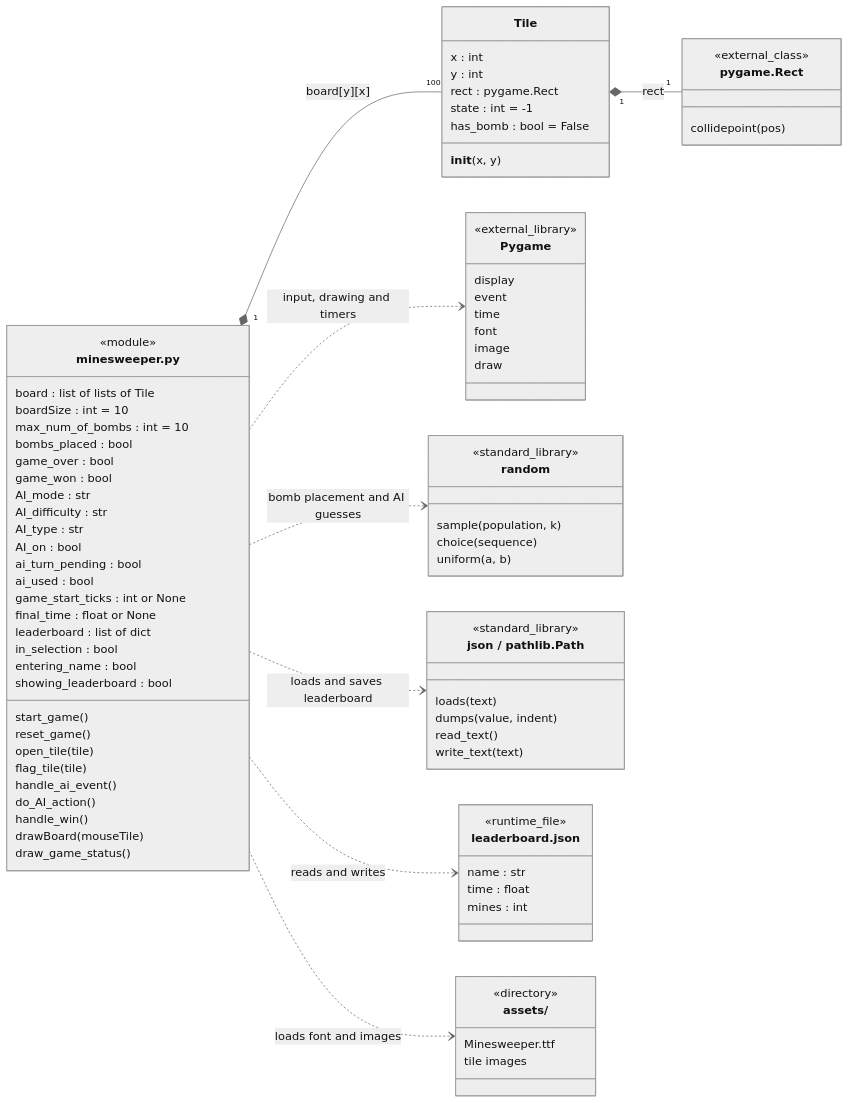
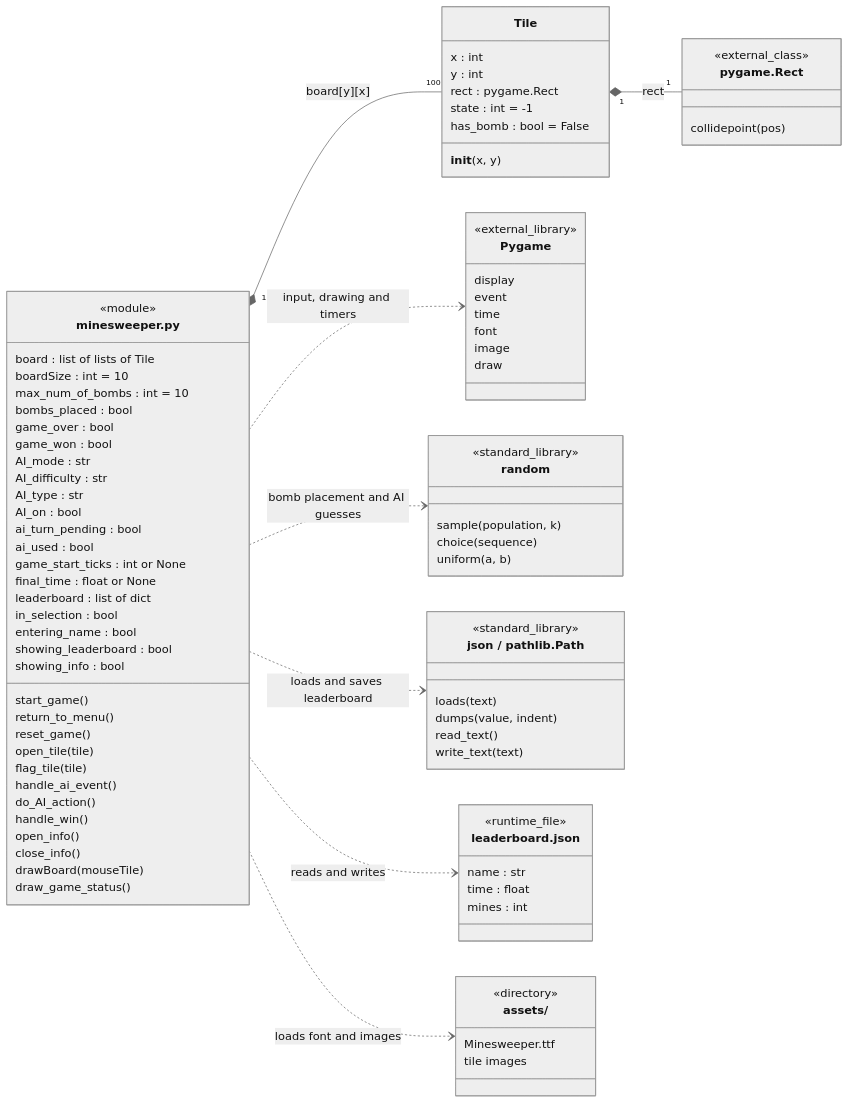
The second of 5 diagrams in documentation/NewUML.md (DrewMedlock1/EECS-581-Project-2-Group-1), drawn with Mermaid (neutral theme) before and after one commit. The commit also changed other lines of this file and 2 other files, not shown here.

```diff
--- a/documentation/NewUML.md
+++ b/documentation/NewUML.md
@@ -114,13 +120,17 @@
         in_selection : bool
         entering_name : bool
         showing_leaderboard : bool
+        showing_info : bool
         start_game()
+        return_to_menu()
         reset_game()
         open_tile(tile)
         flag_tile(tile)
         handle_ai_event()
         do_AI_action()
         handle_win()
+        open_info()
+        close_info()
         drawBoard(mouseTile)
         draw_game_status()
     }
```
